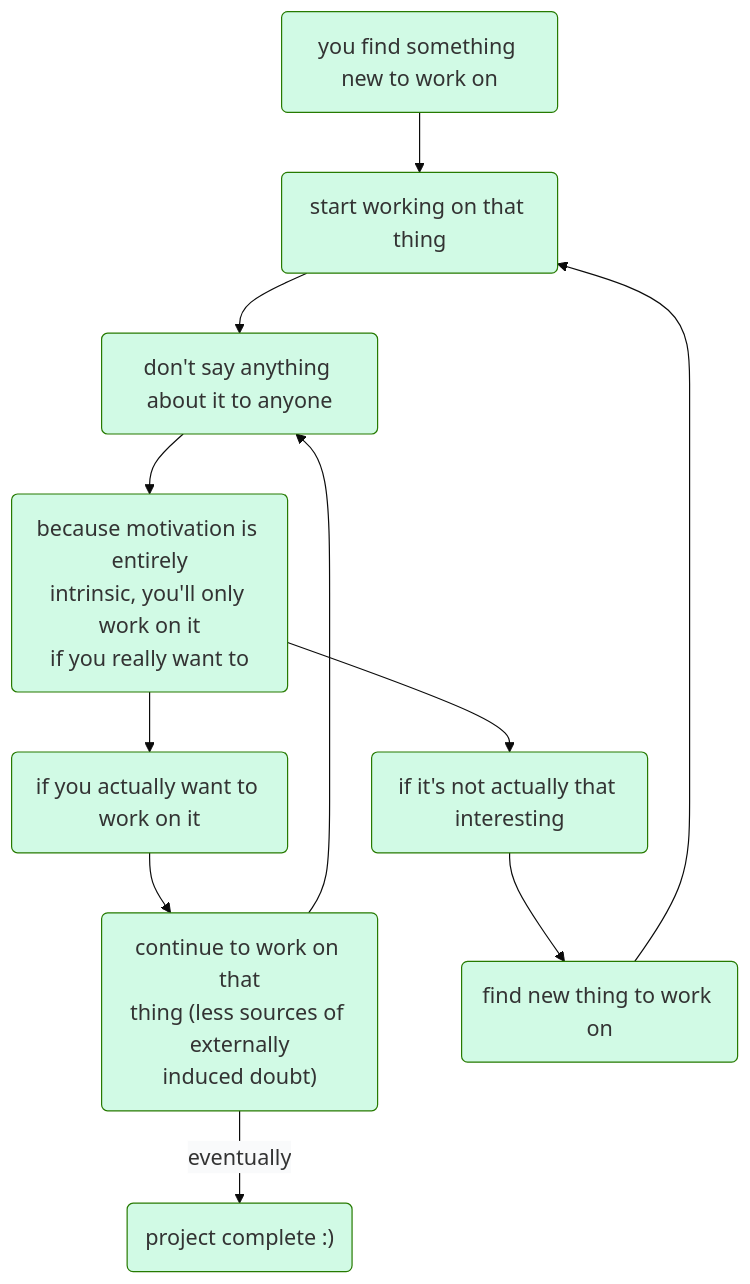
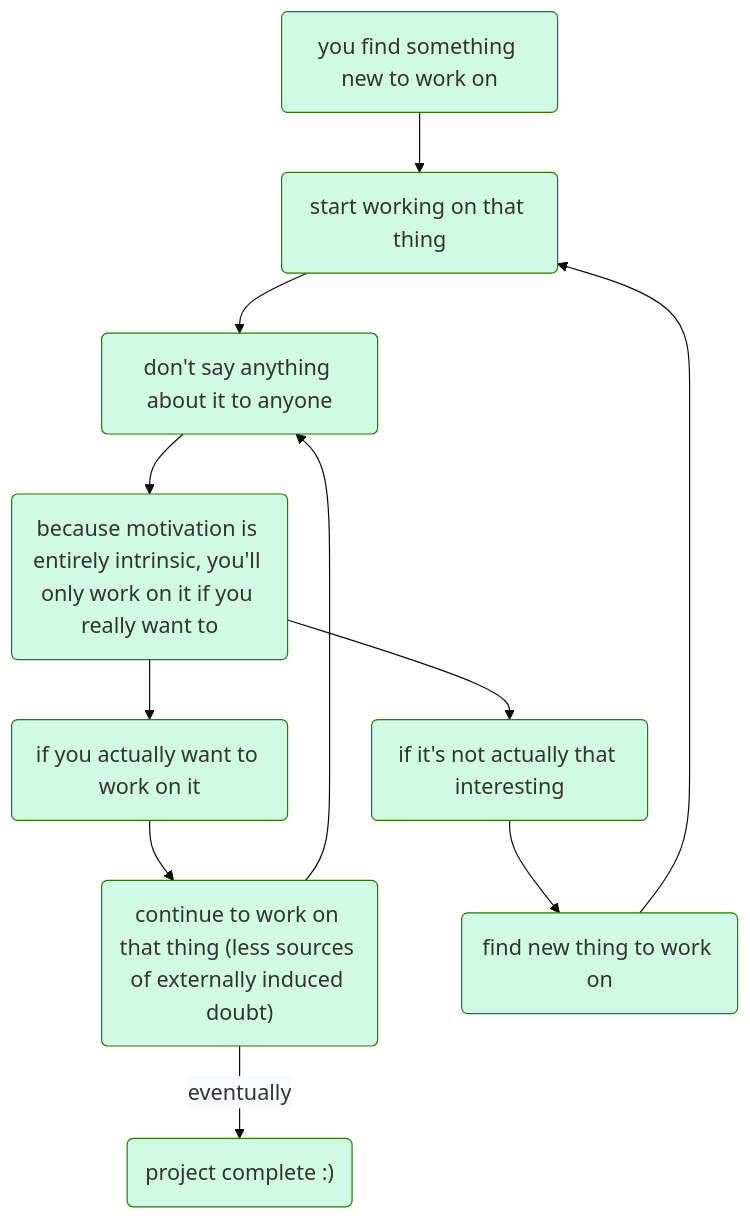
One commit to michael-aguilar-web/broccosite-v3 changed the second of 2 diagrams in brain-dump/2023-02-05-the-n2nbl-strategy.md. Above: the diagram before and after it, drawn with Mermaid. The commit also changed other lines of this file, not shown here.

````diff
--- a/brain-dump/2023-02-05-the-n2nbl-strategy.md
+++ b/brain-dump/2023-02-05-the-n2nbl-strategy.md
@@ -62,31 +63,31 @@
 ```mermaid
 %%{
     init: {
         'theme': 'base',
         'themeVariables': {
             'fontFamily': 'Quicksand',
             'fontSize': '18px',
             'primaryColor': '#D1FAE5',
             'primaryBorderColor': '#267A00',
             'secondaryColor': '#F9FAFB'
         } ,
         'flowchart' : { 
             'curve' : 'bump' 
         }
     }
 }%%
 graph TD;
     A(you find something new to work on)-->B;
     B(start working on that thing)-->C;
     C(don't say anything about it to anyone)-->D;
-    D(because motivation is entirely\nintrinsic, you'll only work on it\nif you really want to);
+    D(because motivation is entirely intrinsic, you'll only work on it if you really want to);
     D-->E;
     D-->F;
     E(if you actually want to work on it);
     F(if it's not actually that interesting);
-    E-->G("continue to work on that\nthing (less sources of externally\ninduced doubt)");
+    E-->G("continue to work on that thing (less sources of externally induced doubt)");
     F-->H(find new thing to work on);
     H-->B;
     G-->C;
     G-- eventually -->I("project complete :)")
 ```
````
